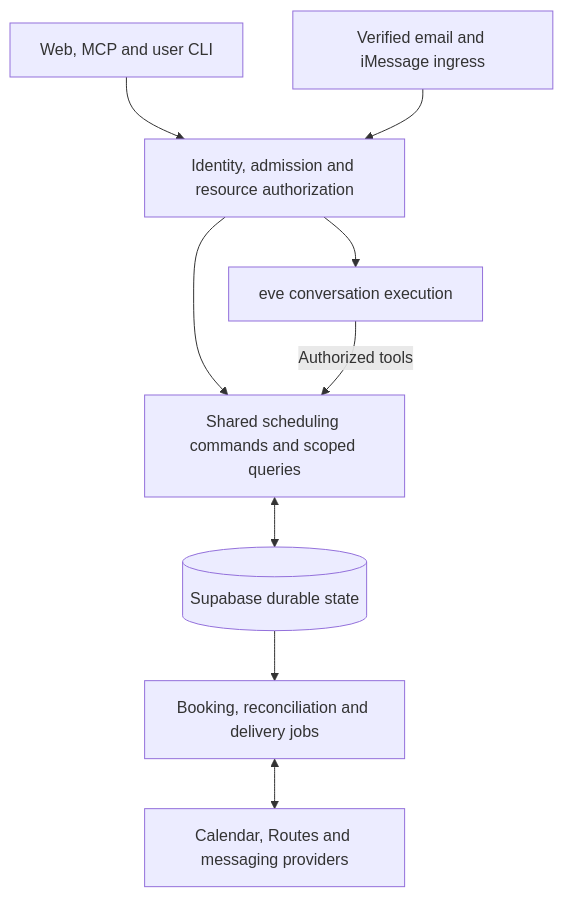
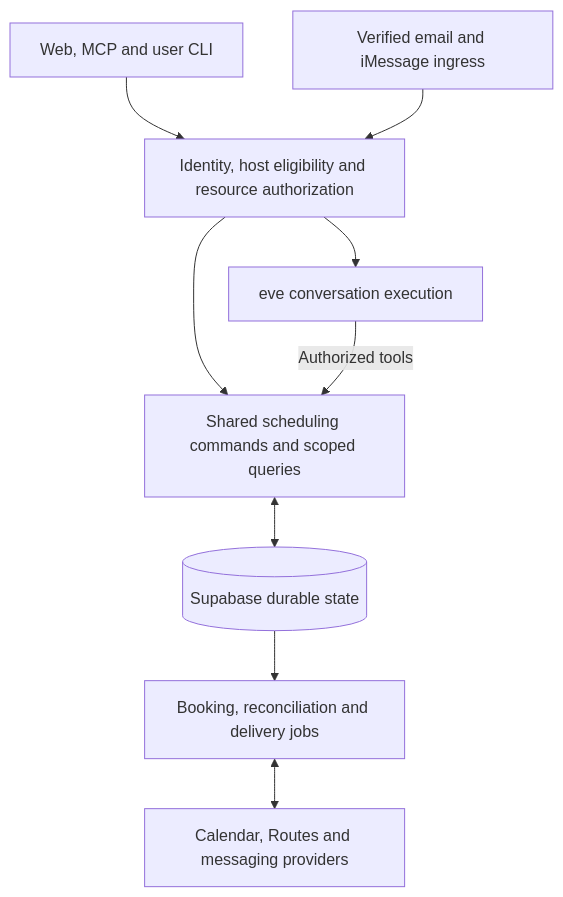
One commit to snuhcs-course/swpp-2026-project-team-01 changed the diagram in documentations/03_technical_specification.md. Above: the diagram before and after it, drawn with Mermaid. The commit also changed other lines of this file and 18 other files, not shown here.

````diff
--- a/documentations/03_technical_specification.md
+++ b/documentations/03_technical_specification.md
@@ -31,11 +31,11 @@
 ```mermaid
 flowchart TD
-    W[Web, MCP and user CLI] --> A[Identity, admission and resource authorization]
+    W[Web, MCP and user CLI] --> A[Identity, host eligibility and resource authorization]
     C[Verified email and iMessage ingress] --> A
     A --> E[eve conversation execution]
     A --> D[Shared scheduling commands and scoped queries]
     E -->|Authorized tools| D
     D <--> DB[(Supabase durable state)]
     DB --> J[Booking, reconciliation and delivery jobs]
     J <--> P[Calendar, Routes and messaging providers]
 ```
````
